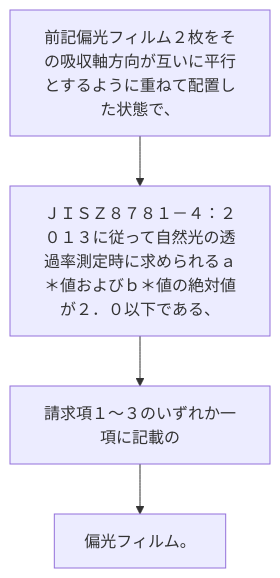
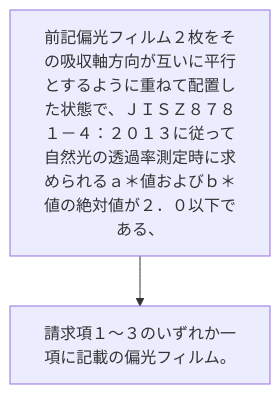
The diagram in 2024/JP2024031583A/claim_5/README.md (shinmori55/patent_analyzed), drawn with Mermaid before and after one commit. The commit also changed 336 other files, not shown here.

````diff
--- a/2024/JP2024031583A/claim_5/README.md
+++ b/2024/JP2024031583A/claim_5/README.md
@@ -2,10 +2,6 @@
 ```mermaid
 flowchart TD
-A[前記偏光フィルム２枚をその吸収軸方向が互いに平行とするように重ねて配置した状態で、]
-B[ＪＩＳＺ８７８１－４：２０１３に従って自然光の透過率測定時に求められるａ＊値およびｂ＊値の絶対値が２．０以下である、]
-C[請求項１～３のいずれか一項に記載の]
-D[偏光フィルム。]
-A --> B
-B --> C
-C --> D
+A[前記偏光フィルム２枚をその吸収軸方向が互いに平行とするように重ねて配置した状態で、ＪＩＳＺ８７８１－４：２０１３に従って自然光の透過率測定時に求められるａ＊値およびｂ＊値の絶対値が２．０以下である、]
+H[請求項１～３のいずれか一項に記載の偏光フィルム。]
+A --> H
 ```
````
